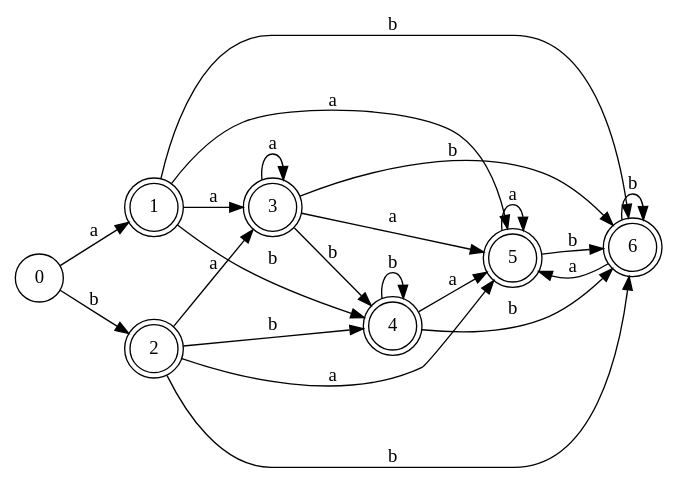
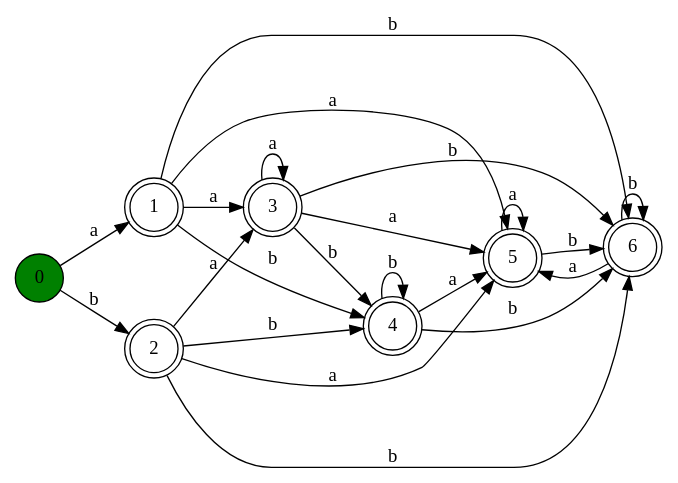
One commit to titusse3/glushkov-automata changed the diagram in dot.dot. Above: the diagram before and after it, drawn with Graphviz. The commit also changed 3 other files, not shown here.

```diff
--- a/dot.dot
+++ b/dot.dot
@@ -1,31 +1,45 @@
 digraph {
     graph [rankdir=LR];
-    0 [shape=circle];
-    1 [shape=doublecircle];
-    2 [shape=doublecircle];
-    3 [shape=doublecircle];
-    4 [shape=doublecircle];
-    5 [shape=doublecircle];
-    6 [shape=doublecircle];
+    0 [shape=circle
+      ,fillcolor=green
+      ,style=filled];
+    1 [shape=doublecircle
+      ,fillcolor=white
+      ,style=filled];
+    2 [shape=doublecircle
+      ,fillcolor=white
+      ,style=filled];
+    3 [shape=doublecircle
+      ,fillcolor=white
+      ,style=filled];
+    4 [shape=doublecircle
+      ,fillcolor=white
+      ,style=filled];
+    5 [shape=doublecircle
+      ,fillcolor=white
+      ,style=filled];
+    6 [shape=doublecircle
+      ,fillcolor=white
+      ,style=filled];
     0 -> 1 [label=a];
     0 -> 2 [label=b];
     1 -> 3 [label=a];
     1 -> 4 [label=b];
     1 -> 5 [label=a];
     1 -> 6 [label=b];
     2 -> 3 [label=a];
     2 -> 4 [label=b];
     2 -> 5 [label=a];
     2 -> 6 [label=b];
     3 -> 3 [label=a];
     3 -> 4 [label=b];
     3 -> 5 [label=a];
     3 -> 6 [label=b];
     4 -> 4 [label=b];
     4 -> 5 [label=a];
     4 -> 6 [label=b];
     5 -> 5 [label=a];
     5 -> 6 [label=b];
     6 -> 5 [label=a];
     6 -> 6 [label=b];
 }
```
